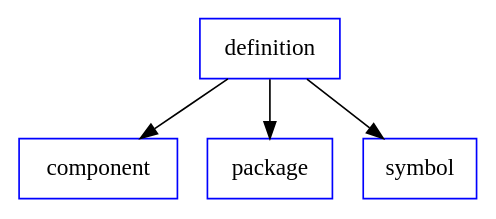
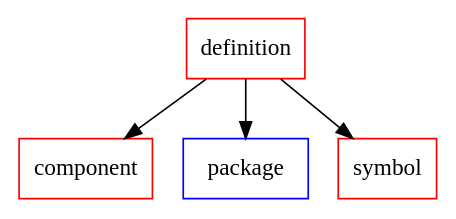
Before and after one commit to didierverna/declt: the diagram in doc/definitions.dot, drawn with Graphviz. The commit also changed 1 other file, not shown here.

```diff
--- a/doc/definitions.dot
+++ b/doc/definitions.dot
@@ -1,12 +1,15 @@
 strict digraph
 {
   margin = 0;
   rankdir = TD;
   node [ shape = box color = blue ]
 
-  { rank = same "component" "package" "symbol" }
+  "definition" [ color = red fontname = "times bold" ]
+  { rank = same
+    "component" [ color = red fontname = "times bold" ]
+    "package"
+    "symbol"  [ color = red fontname = "times bold" ]
+  }
 
-  "definition" -> "component";
-  "definition" -> "package";
-  "definition" -> "symbol";
+  "definition" -> { "component" "package" "symbol"}
 }
```
